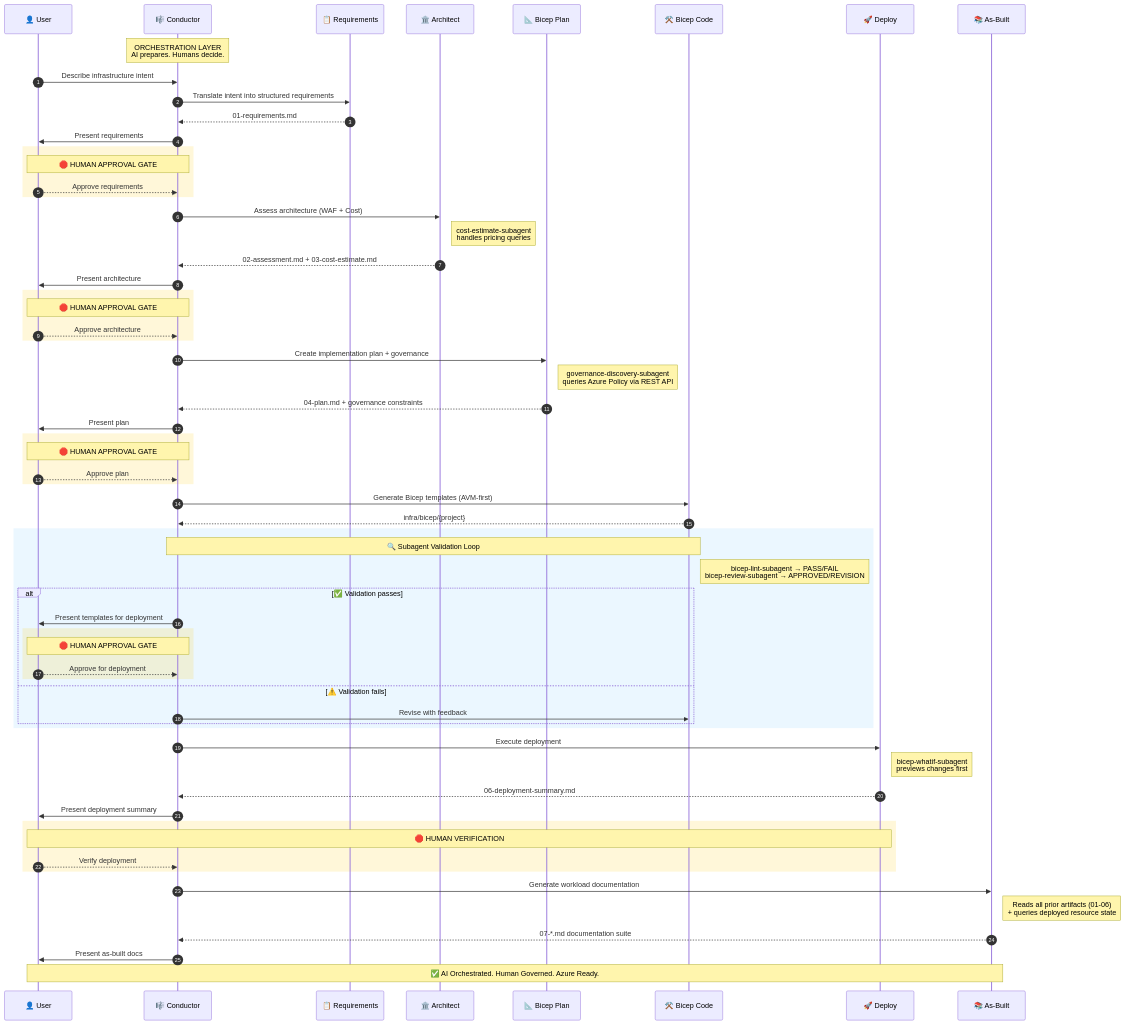
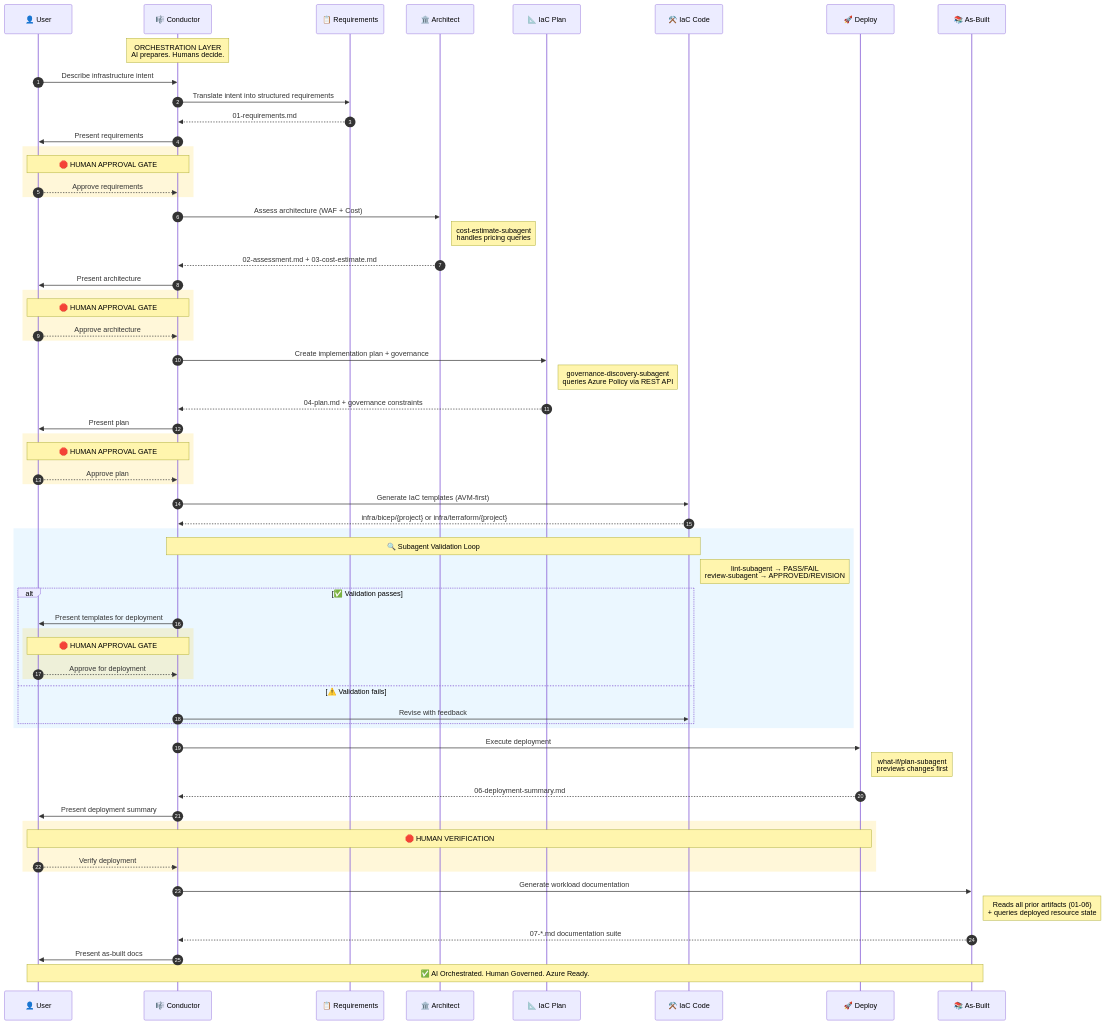
The diagram in README.md (tan-ex/apex-agent-blueprint), drawn with Mermaid before and after one commit. The commit also changed other lines of this file, not shown here.

First line of the commit message:
docs: comprehensive README with quick start, customization, and multi-project guidance

````diff
--- a/README.md
+++ b/README.md
@@ -32,78 +37,78 @@
 ```mermaid
 sequenceDiagram
     autonumber
     participant U as 👤 User
     participant C as 🎼 Conductor
     participant R as 📋 Requirements
     participant A as 🏛️ Architect
-    participant P as 📐 Bicep Plan
-    participant B as ⚒️ Bicep Code
+    participant P as 📐 IaC Plan
+    participant B as ⚒️ IaC Code
     participant D as 🚀 Deploy
     participant W as 📚 As-Built
 
     Note over C: ORCHESTRATION LAYER<br/>AI prepares. Humans decide.
 
     U->>C: Describe infrastructure intent
     C->>R: Translate intent into structured requirements
     R-->>C: 01-requirements.md
     C->>U: Present requirements
 
     rect rgba(255, 200, 0, 0.15)
     Note over U,C: 🛑 HUMAN APPROVAL GATE
     U-->>C: Approve requirements
     end
 
     C->>A: Assess architecture (WAF + Cost)
     Note right of A: cost-estimate-subagent<br/>handles pricing queries
     A-->>C: 02-assessment.md + 03-cost-estimate.md
     C->>U: Present architecture
 
     rect rgba(255, 200, 0, 0.15)
     Note over U,C: 🛑 HUMAN APPROVAL GATE
     U-->>C: Approve architecture
     end
 
     C->>P: Create implementation plan + governance
     Note right of P: governance-discovery-subagent<br/>queries Azure Policy via REST API
     P-->>C: 04-plan.md + governance constraints
     C->>U: Present plan
 
     rect rgba(255, 200, 0, 0.15)
     Note over U,C: 🛑 HUMAN APPROVAL GATE
     U-->>C: Approve plan
     end
 
-    C->>B: Generate Bicep templates (AVM-first)
-    B-->>C: infra/bicep/{project}
+    C->>B: Generate IaC templates (AVM-first)
+    B-->>C: infra/bicep/{project} or infra/terraform/{project}
 
     rect rgba(0, 150, 255, 0.08)
     Note over C,B: 🔍 Subagent Validation Loop
-    Note right of B: bicep-lint-subagent → PASS/FAIL<br/>bicep-review-subagent → APPROVED/REVISION
+    Note right of B: lint-subagent → PASS/FAIL<br/>review-subagent → APPROVED/REVISION
     alt ✅ Validation passes
         C->>U: Present templates for deployment
         rect rgba(255, 200, 0, 0.15)
         Note over U,C: 🛑 HUMAN APPROVAL GATE
         U-->>C: Approve for deployment
         end
     else ⚠️ Validation fails
         C->>B: Revise with feedback
     end
     end
 
     C->>D: Execute deployment
-    Note right of D: bicep-whatif-subagent<br/>previews changes first
+    Note right of D: what-if/plan-subagent<br/>previews changes first
     D-->>C: 06-deployment-summary.md
     C->>U: Present deployment summary
 
     rect rgba(255, 200, 0, 0.15)
     Note over U,D: 🛑 HUMAN VERIFICATION
     U-->>C: Verify deployment
     end
 
     C->>W: Generate workload documentation
     Note right of W: Reads all prior artifacts (01-06)<br/>+ queries deployed resource state
     W-->>C: 07-*.md documentation suite
     C->>U: Present as-built docs
 
     Note over U,W: ✅ AI Orchestrated. Human Governed. Azure Ready.
 ```
````
